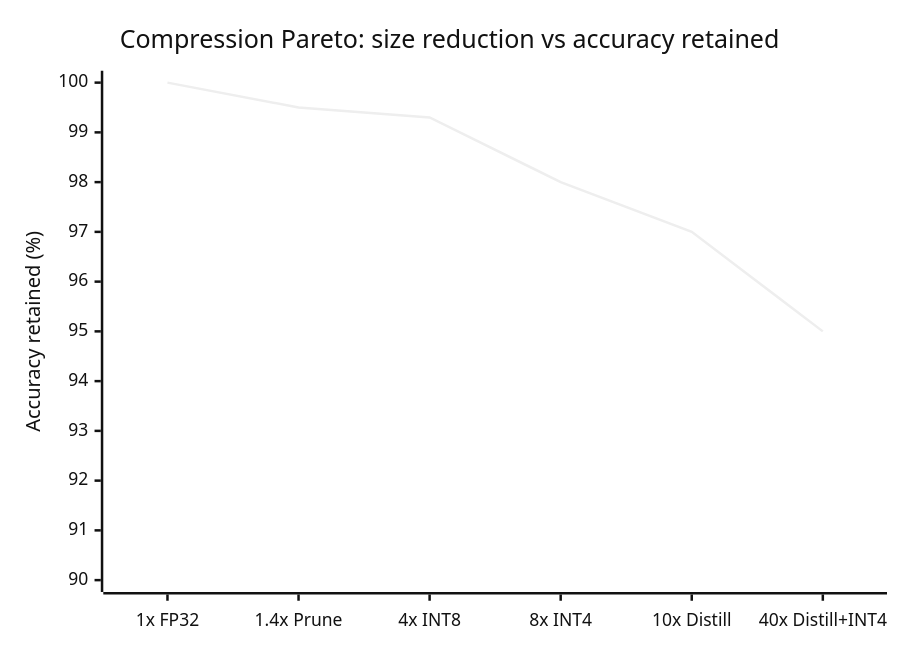
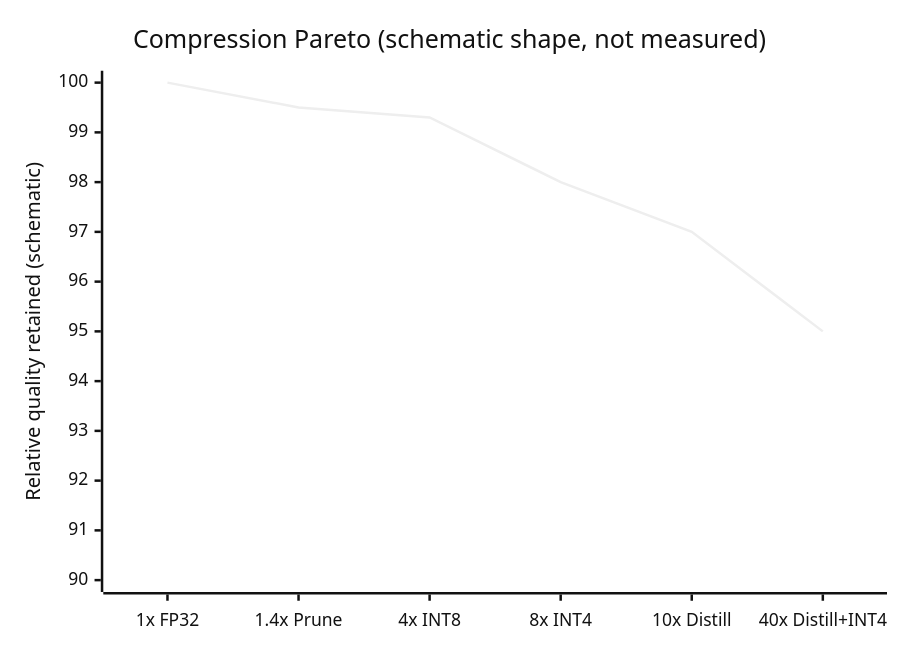
One commit to rppol/system-design changed the fifth of 5 diagrams in src/main/java/com/rutik/systemdesign/ml/model_compression_and_efficiency/README.md. Above: the diagram before and after it, drawn with Mermaid (neutral theme). The commit also changed other lines of this file and 51 other files, not shown here.

````diff
--- a/src/main/java/com/rutik/systemdesign/ml/model_compression_and_efficiency/README.md
+++ b/src/main/java/com/rutik/systemdesign/ml/model_compression_and_efficiency/README.md
@@ -271,7 +271,7 @@
 ```mermaid
 xychart-beta
-    title "Compression Pareto: size reduction vs accuracy retained"
+    title "Compression Pareto (schematic shape, not measured)"
     x-axis ["1x FP32", "1.4x Prune", "4x INT8", "8x INT4", "10x Distill", "40x Distill+INT4"]
-    y-axis "Accuracy retained (%)" 90 --> 100
+    y-axis "Relative quality retained (schematic)" 90 --> 100
     line [100, 99.5, 99.3, 98, 97, 95]
 ```
````
